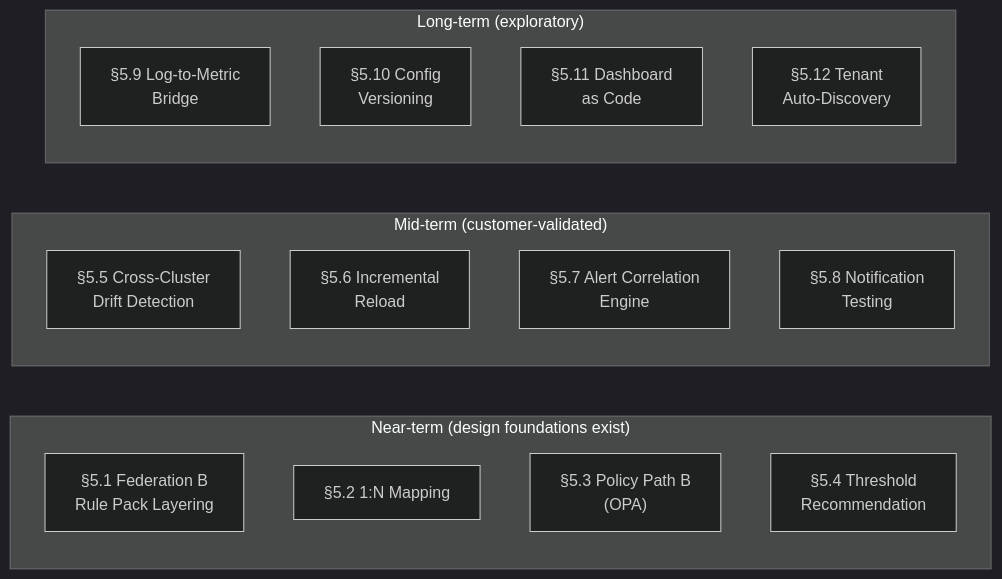
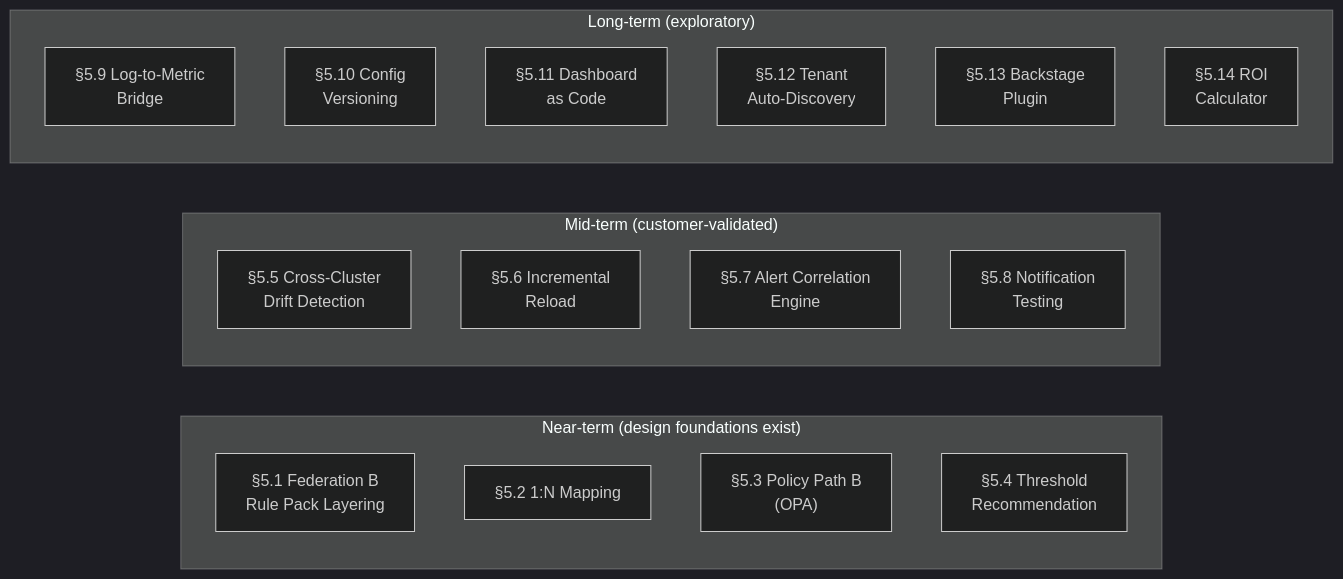
The third of 3 diagrams in docs/architecture-and-design.en.md (vencil/Dynamic-Alerting-Integrations), drawn with Mermaid (dark theme) before and after one commit. The commit also changed other lines of this file and 9 other files, not shown here.

First line of the commit message:
docs: upgrade value narrative, add Shadow Audit scenario, extend roadmap

````diff
--- a/docs/architecture-and-design.en.md
+++ b/docs/architecture-and-design.en.md
@@ -879,21 +879,23 @@
 ```mermaid
 graph LR
     subgraph Near["Near-term (design foundations exist)"]
         FB["§5.1 Federation B<br/>Rule Pack Layering"]
         NM["§5.2 1:N Mapping"]
         PB["§5.3 Policy Path B<br/>(OPA)"]
         TR["§5.4 Threshold<br/>Recommendation"]
     end
     subgraph Mid["Mid-term (customer-validated)"]
         CD["§5.5 Cross-Cluster<br/>Drift Detection"]
         IR["§5.6 Incremental<br/>Reload"]
         AC["§5.7 Alert Correlation<br/>Engine"]
         NT["§5.8 Notification<br/>Testing"]
     end
     subgraph Far["Long-term (exploratory)"]
         LM["§5.9 Log-to-Metric<br/>Bridge"]
         CV["§5.10 Config<br/>Versioning"]
         GD["§5.11 Dashboard<br/>as Code"]
         AD["§5.12 Tenant<br/>Auto-Discovery"]
+        BS["§5.13 Backstage<br/>Plugin"]
+        RC["§5.14 ROI<br/>Calculator"]
     end
 ```
````
